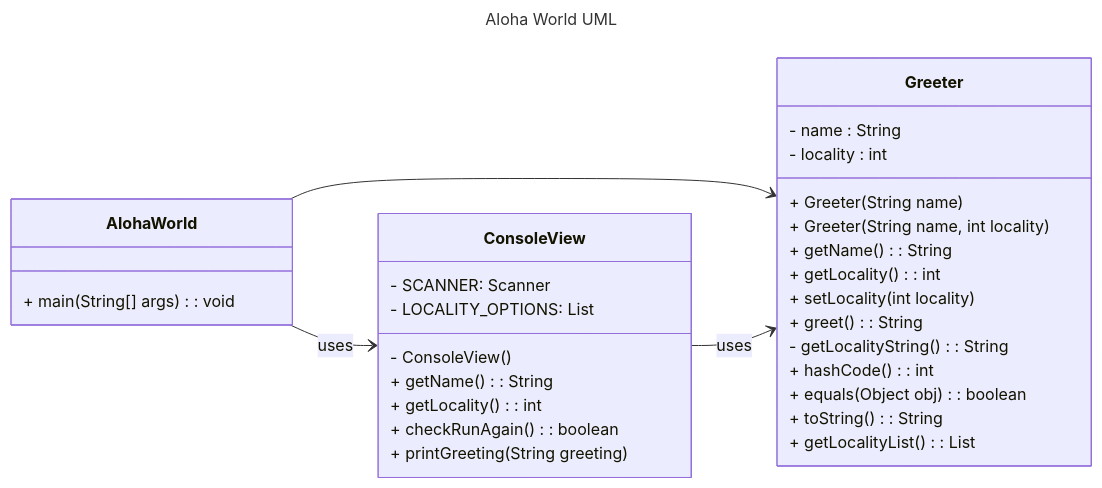
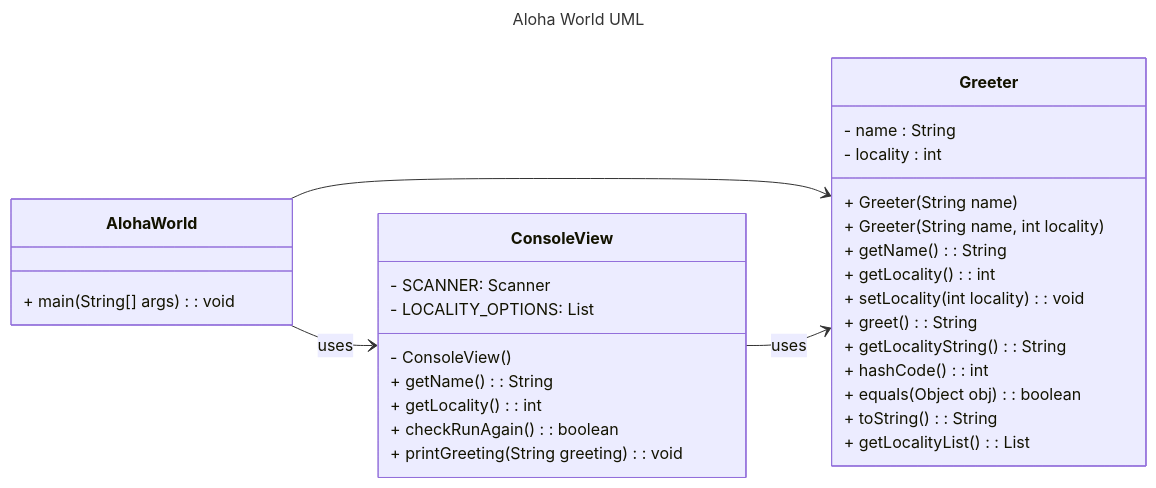
One commit to 5004-SEA-Fa24-Geeng/hello-world-lucyyyychen changed the diagram in Report.md. Above: the diagram before and after it, drawn with Mermaid. The commit also changed other lines of this file, not shown here.

Commit message:
Modify Program flow and UML

````diff
--- a/Report.md
+++ b/Report.md
@@ -12,40 +12,40 @@
 ```mermaid
 ---
 title: Aloha World UML
 ---
 classDiagram
     direction LR
     AlohaWorld --> Greeter 
     AlohaWorld --> ConsoleView : uses
     ConsoleView --> Greeter : uses
     class AlohaWorld {
         + main(String[] args): void
     }
     class Greeter {
         - name : String
         - locality : int
         
         + Greeter(String name)
         + Greeter(String name, int locality)
         + getName(): String
         + getLocality(): int
-        + setLocality(int locality)
+        + setLocality(int locality): void
         + greet(): String
-        - getLocalityString(): String
+        + getLocalityString(): String
         + hashCode(): int
         + equals(Object obj): boolean
         + toString(): String
         + getLocalityList(): List<String>
 
     }
     class ConsoleView {
         - SCANNER: Scanner
         - LOCALITY_OPTIONS: List<String>
         - ConsoleView()
         + getName(): String
         + getLocality(): int
         + checkRunAgain(): boolean
-        + printGreeting(String greeting)
+        + printGreeting(String greeting): void
 
     }
 ```
````
